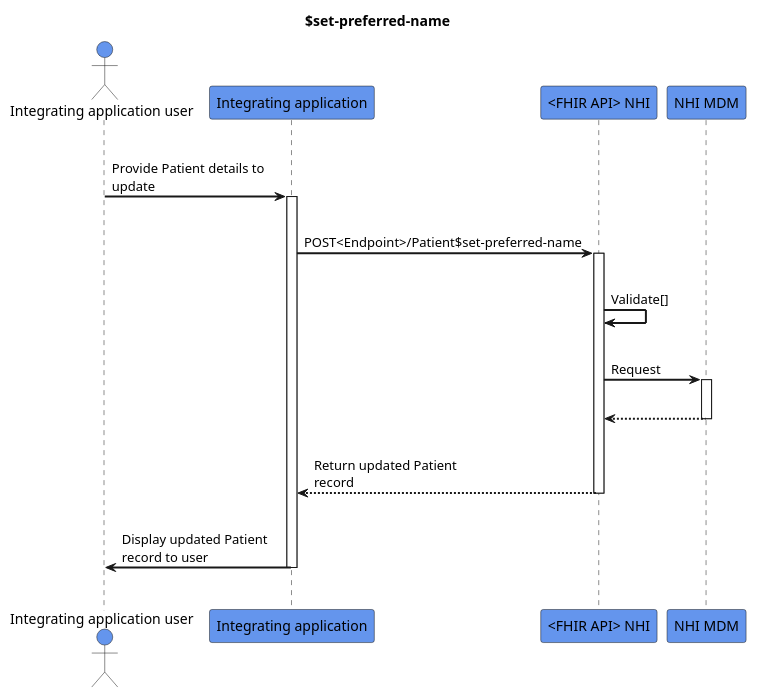
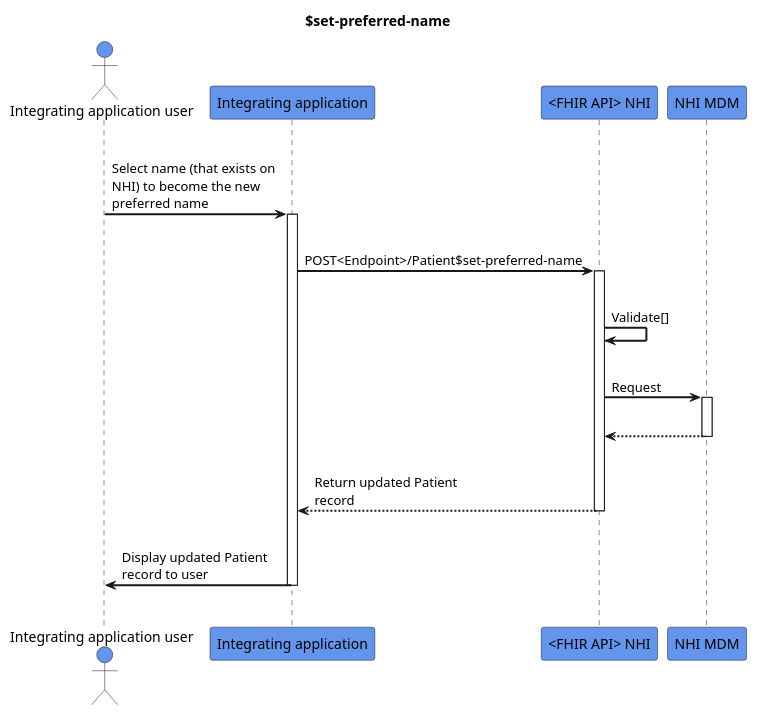
One commit to HL7NZ/nhi changed the diagram in input/images-source/set-preferred-name-patient.plantuml. Above: the diagram before and after it, drawn with PlantUML.

```diff
--- a/input/images-source/set-preferred-name-patient.plantuml
+++ b/input/images-source/set-preferred-name-patient.plantuml
@@ -1,33 +1,33 @@
 @startuml
 skinparam sequenceArrowThickness 2
 skinparam roundcorner 5
 skinparam maxmessagesize 180
 skinparam sequenceParticipant bold
 title $set-preferred-name
 actor "Integrating application user" as User #CornflowerBlue
 participant "Integrating application" as A #CornflowerBlue
 participant "<FHIR API> NHI" as B #CornflowerBlue
 participant "NHI MDM" as C #CornflowerBlue
 |||
-User -> A: Provide Patient details to update
+User -> A: Select name (that exists on NHI) to become the new preferred name
 activate A
 |||
 A -> B: POST<Endpoint>/Patient$set-preferred-name
 activate B
 |||
 B -> B: Validate[]
 |||
 B -> C: Request
 activate C
 |||
 
 C -[dashed]-> B
 deactivate C
 |||
 B -[dashed]-> A: Return updated Patient record
 deactivate B
 |||
 A -> User: Display updated Patient record to user
 deactivate A
 |||
 @enduml
```
